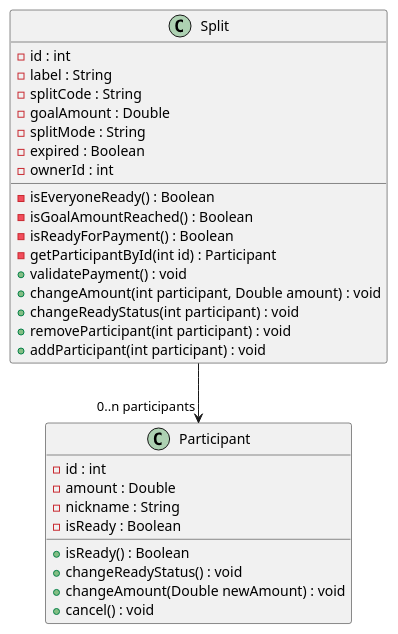
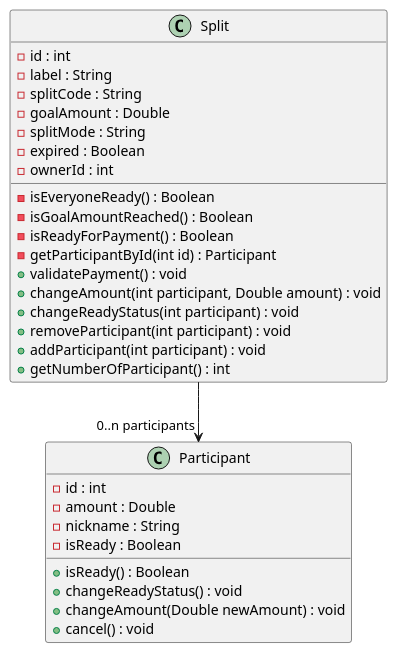
One commit to Julien-Wiegandt/SplitPay changed the diagram in documentation/software_design/manage_participant/split_class_diagram.puml. Above: the diagram before and after it, drawn with PlantUML. The commit also changed 1 other file, not shown here.

```diff
--- a/documentation/software_design/manage_participant/split_class_diagram.puml
+++ b/documentation/software_design/manage_participant/split_class_diagram.puml
@@ -1,35 +1,36 @@
 @startuml
 
 class Split {
     - id : int
     - label : String
     - splitCode : String
     - goalAmount : Double
     - splitMode : String
     - expired : Boolean
     - isEveryoneReady() : Boolean
     - isGoalAmountReached() : Boolean
     - isReadyForPayment() : Boolean
     - getParticipantById(int id) : Participant
     - ownerId : int
     + validatePayment() : void
     + changeAmount(int participant, Double amount) : void
     + changeReadyStatus(int participant) : void
     + removeParticipant(int participant) : void
     + addParticipant(int participant) : void
+    + getNumberOfParticipant() : int
 }
 
 class Participant {
     - id : int
     - amount : Double
     - nickname : String
     - isReady : Boolean
     + isReady() : Boolean
     + changeReadyStatus() : void
     + changeAmount(Double newAmount) : void
     + cancel() : void
 }
 
 Split --> "0..n participants" Participant
 
 @enduml
```
